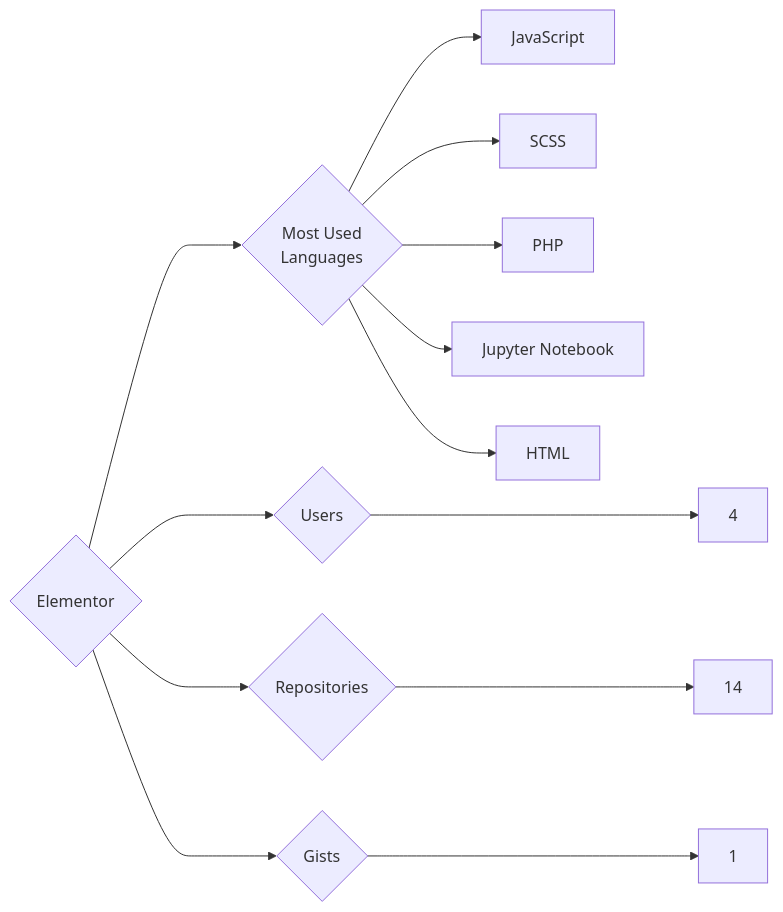
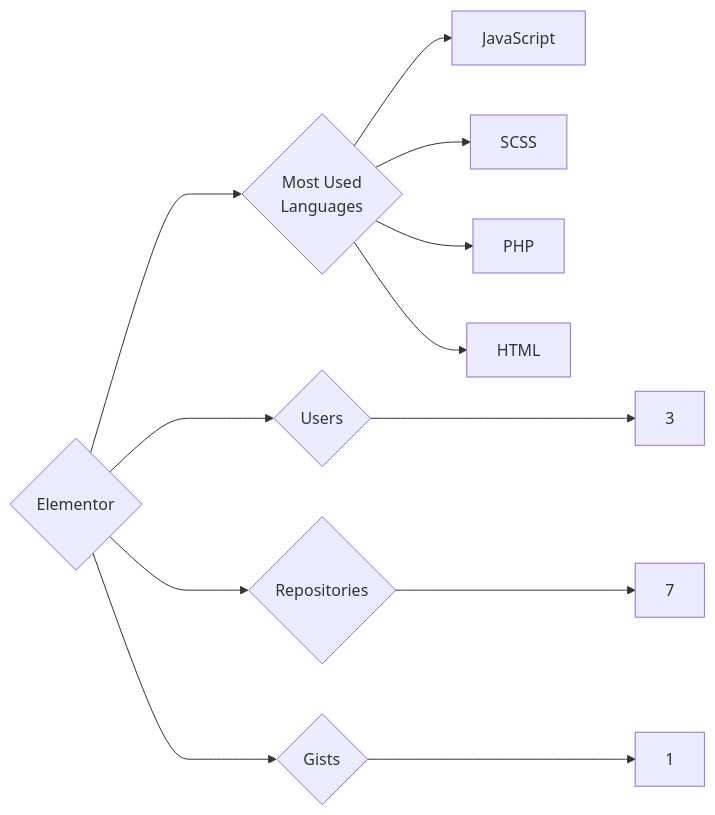
One commit to trickest/insiders changed the diagram in targets/Elementor/README.md. Above: the diagram before and after it, drawn with Mermaid. The commit also changed 1055 other files, not shown here.

````diff
--- a/targets/Elementor/README.md
+++ b/targets/Elementor/README.md
@@ -3,13 +3,12 @@
 ```mermaid
 graph LR
 COMPANY_NAME{Elementor}
-COMPANY_NAME ---> U{Users} ---> UN[4]
-COMPANY_NAME ---> R{Repositories} ---> RN[14]
+COMPANY_NAME ---> U{Users} ---> UN[3]
+COMPANY_NAME ---> R{Repositories} ---> RN[7]
 COMPANY_NAME ---> G{Gists} ---> GN[1]
 COMPANY_NAME ---> ML{Most Used<br>Languages}
 ML --> JavaScript[JavaScript]
 ML --> SCSS[SCSS]
 ML --> PHP[PHP]
-ML --> Jupyter_Notebook[Jupyter Notebook]
 ML --> HTML[HTML]
 ```
````
